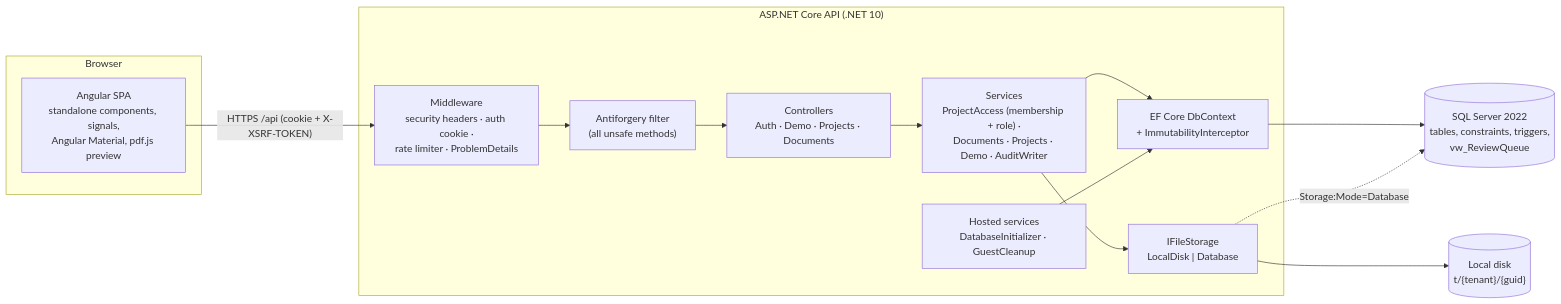
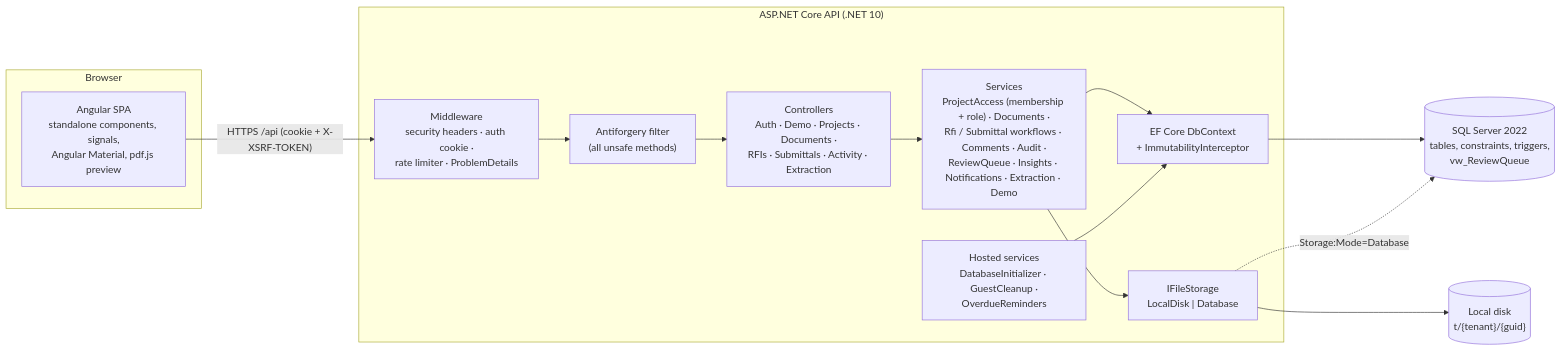
One commit to ved-cmpt/DocRoof changed the first of 3 diagrams in docs/ARCHITECTURE.md. Above: the diagram before and after it, drawn with Mermaid. The commit also changed other lines of this file and 16 other files, not shown here.

````diff
--- a/docs/ARCHITECTURE.md
+++ b/docs/ARCHITECTURE.md
@@ -5,23 +5,23 @@
 ```mermaid
 flowchart LR
   subgraph Browser
     SPA["Angular SPA<br/>standalone components, signals,<br/>Angular Material, pdf.js preview"]
   end
   subgraph API["ASP.NET Core API (.NET 10)"]
     MW["Middleware<br/>security headers · auth cookie ·<br/>rate limiter · ProblemDetails"]
-    C["Controllers<br/>Auth · Demo · Projects · Documents"]
+    C["Controllers<br/>Auth · Demo · Projects · Documents ·<br/>RFIs · Submittals · Activity · Extraction"]
     AF["Antiforgery filter<br/>(all unsafe methods)"]
-    S["Services<br/>ProjectAccess (membership + role) ·<br/>Documents · Projects · Demo · AuditWriter"]
-    BG["Hosted services<br/>DatabaseInitializer · GuestCleanup"]
+    S["Services<br/>ProjectAccess (membership + role) · Documents ·<br/>Rfi / Submittal workflows · Comments · Audit ·<br/>ReviewQueue · Insights · Notifications · Extraction · Demo"]
+    BG["Hosted services<br/>DatabaseInitializer · GuestCleanup ·<br/>OverdueReminders"]
     EF["EF Core DbContext<br/>+ ImmutabilityInterceptor"]
     FS["IFileStorage<br/>LocalDisk | Database"]
   end
   DB[("SQL Server 2022<br/>tables, constraints, triggers,<br/>vw_ReviewQueue")]
   DISK[("Local disk<br/>t/{tenant}/{guid}")]
 
   SPA -- "HTTPS /api (cookie + X-XSRF-TOKEN)" --> MW --> AF --> C --> S --> EF --> DB
   S --> FS
   FS --> DISK
   FS -. "Storage:Mode=Database" .-> DB
   BG --> EF
 ```
````
